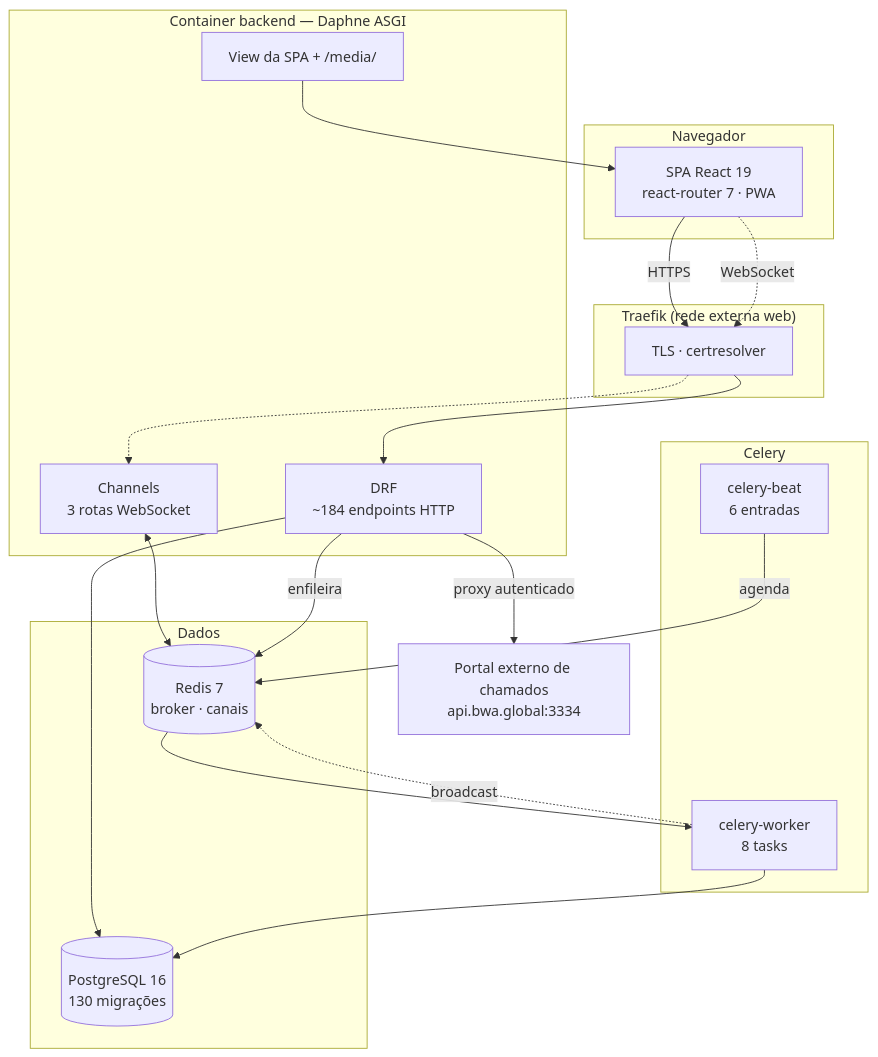
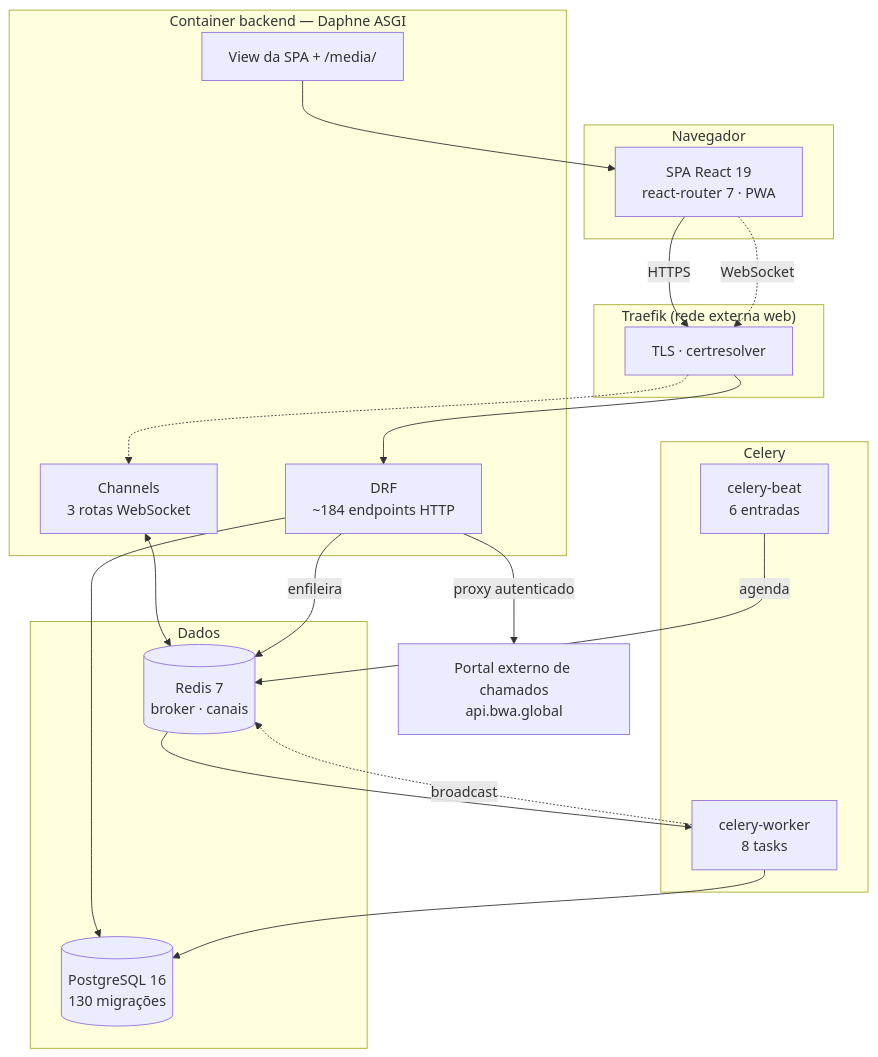
One commit to rpabwaglobal/BWA_Tech changed the diagram in docs/README.md. Above: the diagram before and after it, drawn with Mermaid. The commit also changed 8 other files, not shown here.

First line of the commit message:
Portal de chamados: fora da porta 3334, agora na porta padrão

````diff
--- a/docs/README.md
+++ b/docs/README.md
@@ -95,40 +95,40 @@
 ```mermaid
 flowchart TB
     subgraph cliente["Navegador"]
         SPA["SPA React 19<br/>react-router 7 · PWA"]
     end
 
     subgraph traefik["Traefik (rede externa web)"]
         TLS["TLS · certresolver"]
     end
 
     subgraph app["Container backend — Daphne ASGI"]
         REST["DRF<br/>~184 endpoints HTTP"]
         WS["Channels<br/>3 rotas WebSocket"]
         SPAV["View da SPA + /media/"]
     end
 
     subgraph fila["Celery"]
         WORKER["celery-worker<br/>8 tasks"]
         BEAT["celery-beat<br/>6 entradas"]
     end
 
     subgraph dados["Dados"]
         PG[("PostgreSQL 16<br/>130 migrações")]
         RD[("Redis 7<br/>broker · canais")]
     end
 
-    EXT["Portal externo de chamados<br/>api.bwa.global:3334"]
+    EXT["Portal externo de chamados<br/>api.bwa.global"]
 
     SPA -->|HTTPS| TLS --> REST
     SPA -.->|WebSocket| TLS -.-> WS
     REST --> PG
     WS <--> RD
     REST -->|enfileira| RD
     RD --> WORKER
     BEAT -->|agenda| RD
     WORKER --> PG
     WORKER -.->|broadcast| RD
     REST -->|proxy autenticado| EXT
     SPAV --> SPA
 ```
````
